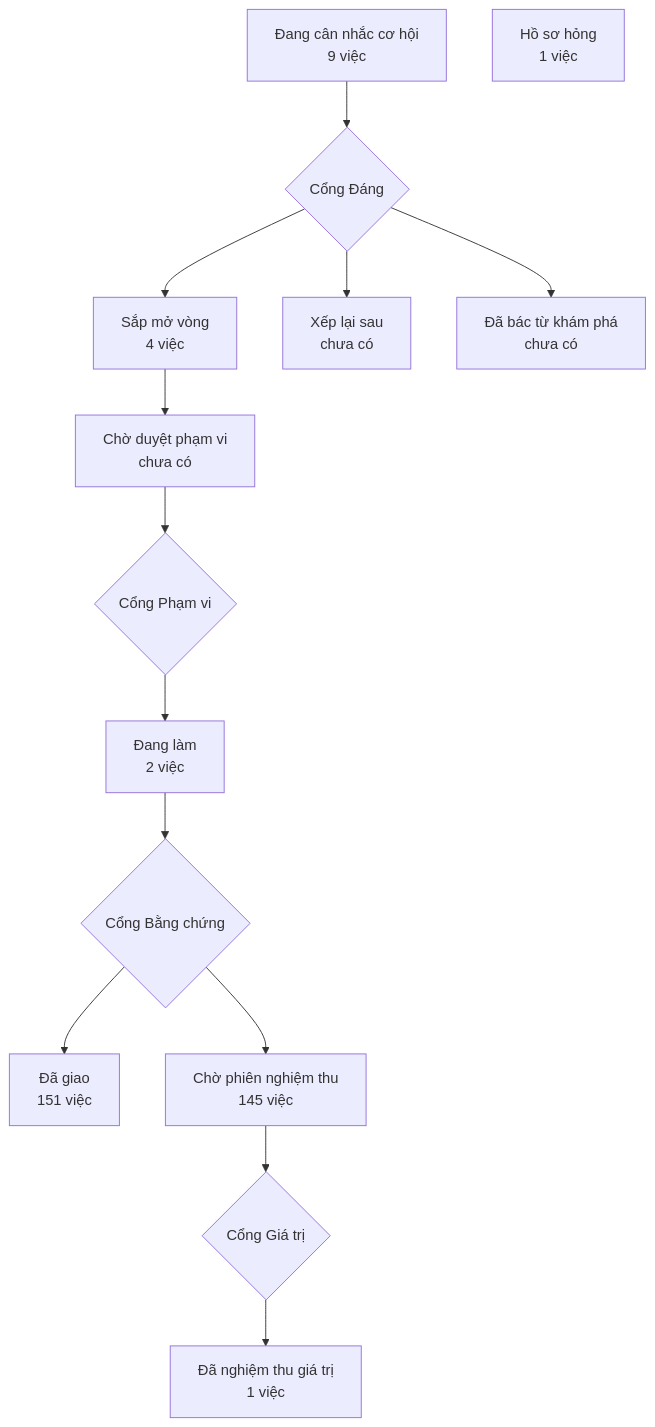
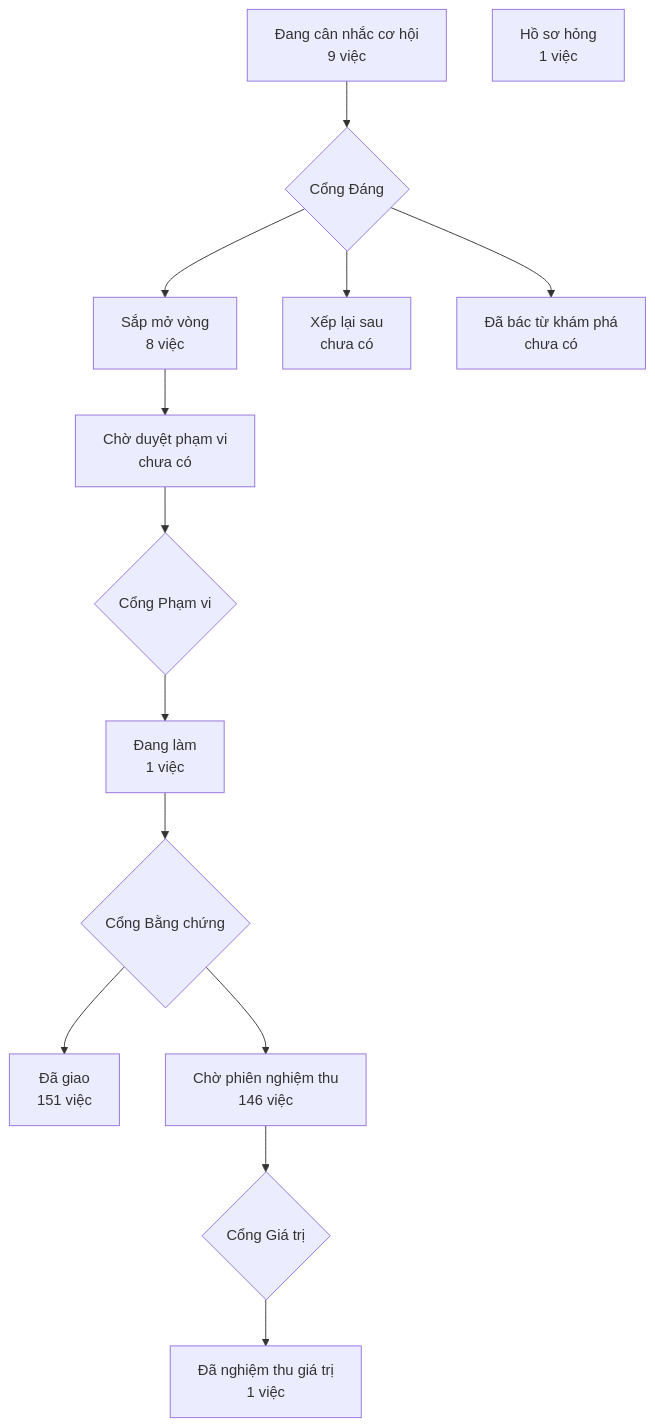
One commit to phanlemanh/crm-onehub changed the diagram in PRODUCT-MAP.md. Above: the diagram before and after it, drawn with Mermaid. The commit also changed other lines of this file and 4 other files, not shown here.

````diff
--- a/PRODUCT-MAP.md
+++ b/PRODUCT-MAP.md
@@ -7,13 +7,13 @@
 ```mermaid
 flowchart TD
   A["Đang cân nhắc cơ hội<br/>9 việc"] --> GD{"Cổng Đáng"}
-  GD --> B["Sắp mở vòng<br/>4 việc"]
+  GD --> B["Sắp mở vòng<br/>8 việc"]
   GD --> XL["Xếp lại sau<br/>chưa có"]
   GD --> DB["Đã bác từ khám phá<br/>chưa có"]
   B --> CD["Chờ duyệt phạm vi<br/>chưa có"] --> GP{"Cổng Phạm vi"}
-  GP --> DL["Đang làm<br/>2 việc"] --> GB{"Cổng Bằng chứng"}
+  GP --> DL["Đang làm<br/>1 việc"] --> GB{"Cổng Bằng chứng"}
   GB --> DG["Đã giao<br/>151 việc"]
-  GB --> CN["Chờ phiên nghiệm thu<br/>145 việc"] --> GG{"Cổng Giá trị"}
+  GB --> CN["Chờ phiên nghiệm thu<br/>146 việc"] --> GG{"Cổng Giá trị"}
   GG --> NT["Đã nghiệm thu giá trị<br/>1 việc"]
   HS["Hồ sơ hỏng<br/>1 việc"]
 ```
````
